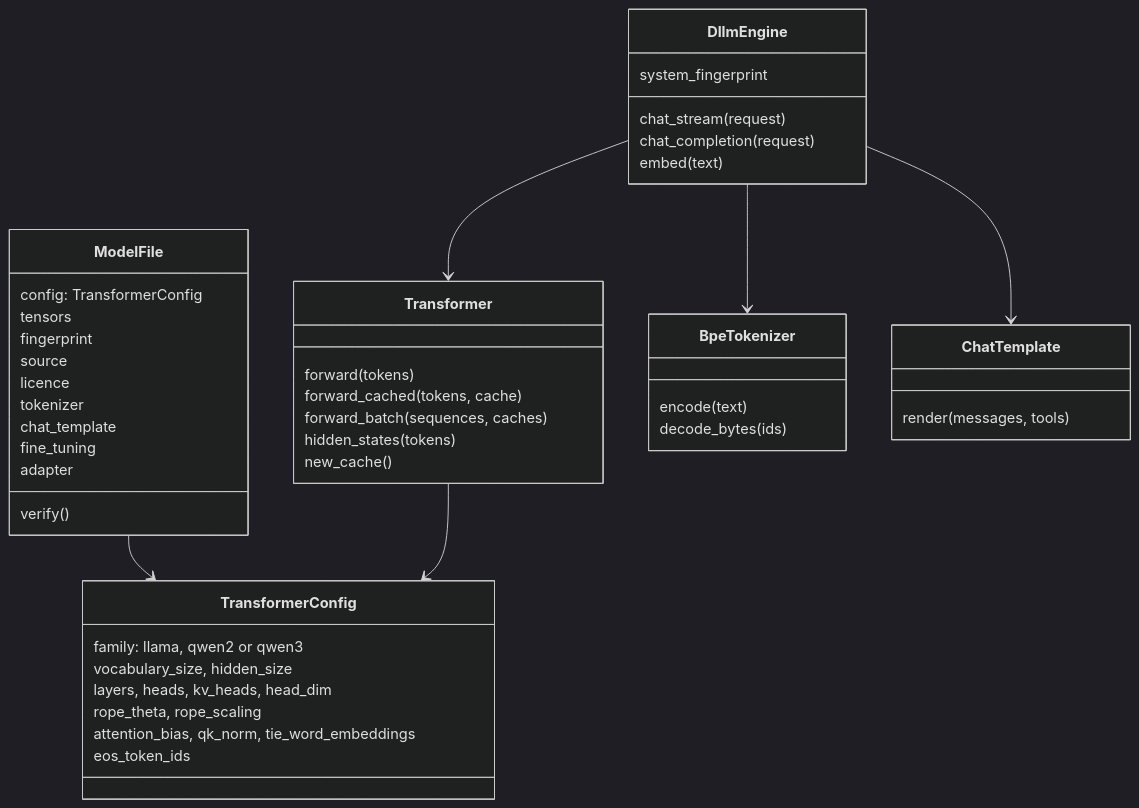
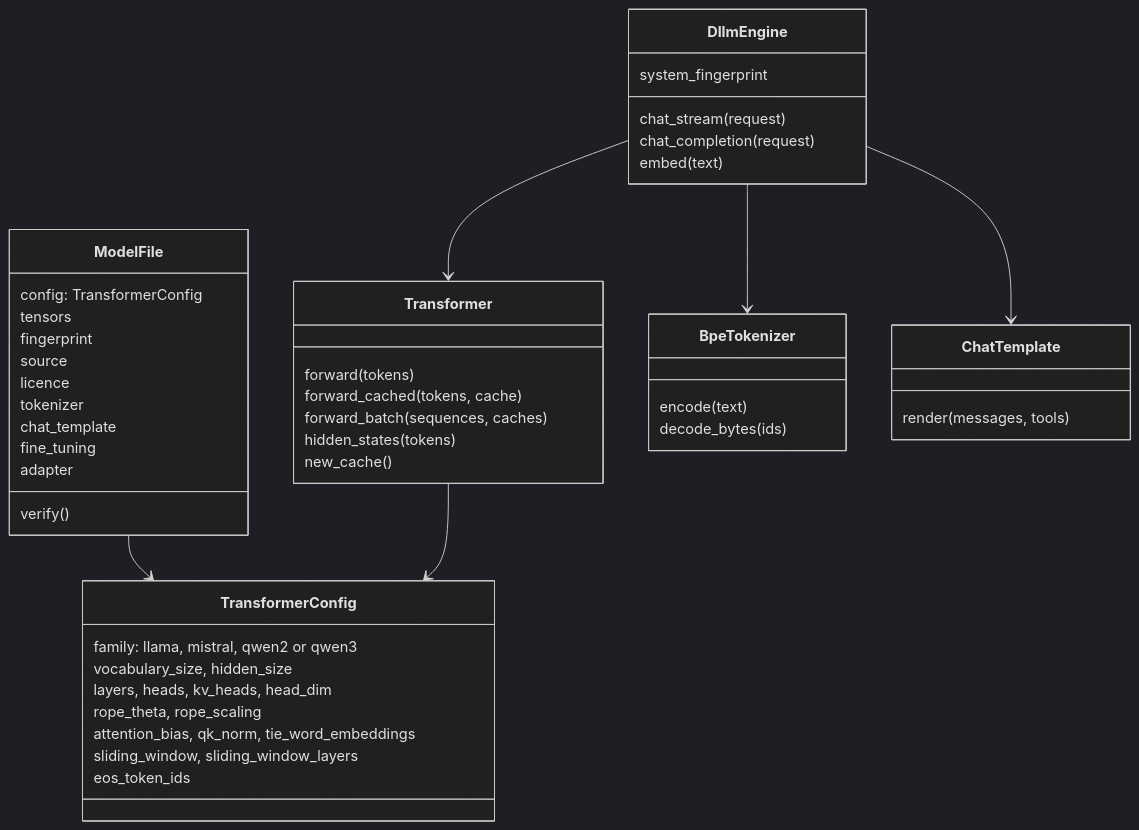
One commit to vrenken/etalii.dllm changed the fourth of 4 diagrams in docs/architecture/models.md. Above: the diagram before and after it, drawn with Mermaid (dark theme). The commit also changed other lines of this file and 23 other files, not shown here.

First line of the commit message:
Sliding-window attention and the Mistral architecture

````diff
--- a/docs/architecture/models.md
+++ b/docs/architecture/models.md
@@ -134,48 +135,49 @@
 ```mermaid
 classDiagram
     class ModelFile {
         config: TransformerConfig
         tensors
         fingerprint
         source
         licence
         tokenizer
         chat_template
         fine_tuning
         adapter
         verify()
     }
     class TransformerConfig {
-        family: llama, qwen2 or qwen3
+        family: llama, mistral, qwen2 or qwen3
         vocabulary_size, hidden_size
         layers, heads, kv_heads, head_dim
         rope_theta, rope_scaling
         attention_bias, qk_norm, tie_word_embeddings
+        sliding_window, sliding_window_layers
         eos_token_ids
     }
     class Transformer {
         forward(tokens)
         forward_cached(tokens, cache)
         forward_batch(sequences, caches)
         hidden_states(tokens)
         new_cache()
     }
     class BpeTokenizer {
         encode(text)
         decode_bytes(ids)
     }
     class ChatTemplate {
         render(messages, tools)
     }
     class DllmEngine {
         chat_stream(request)
         chat_completion(request)
         embed(text)
         system_fingerprint
     }
     ModelFile --> TransformerConfig
     Transformer --> TransformerConfig
     DllmEngine --> Transformer
     DllmEngine --> BpeTokenizer
     DllmEngine --> ChatTemplate
 ```
````
